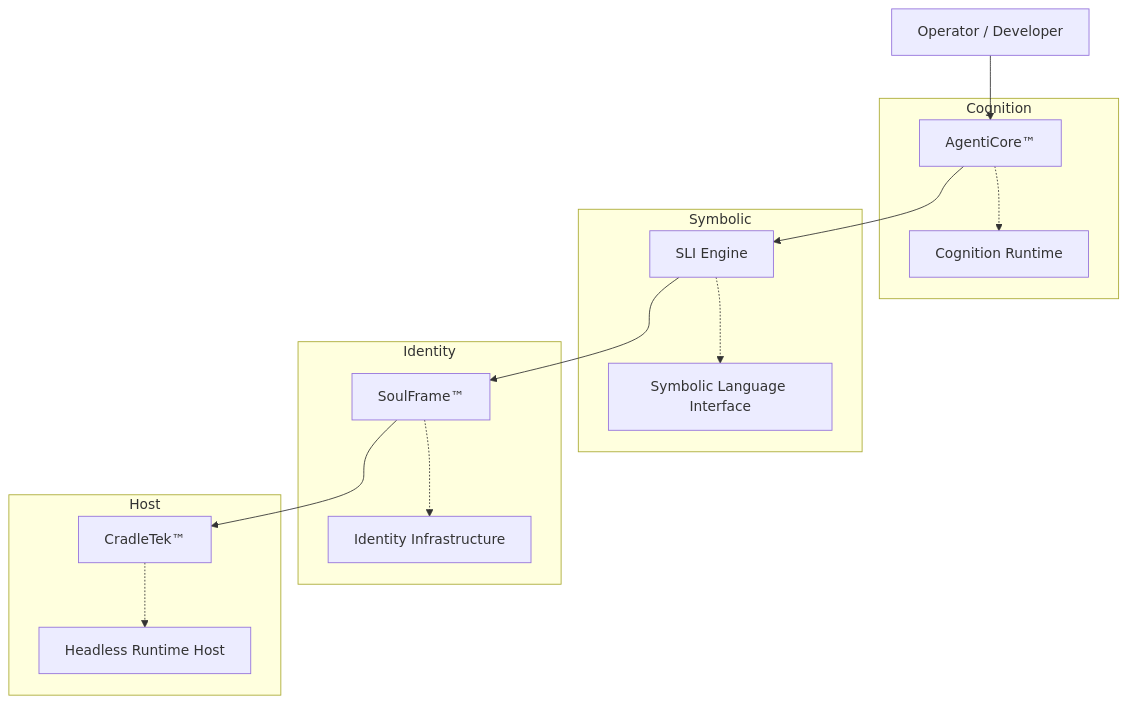
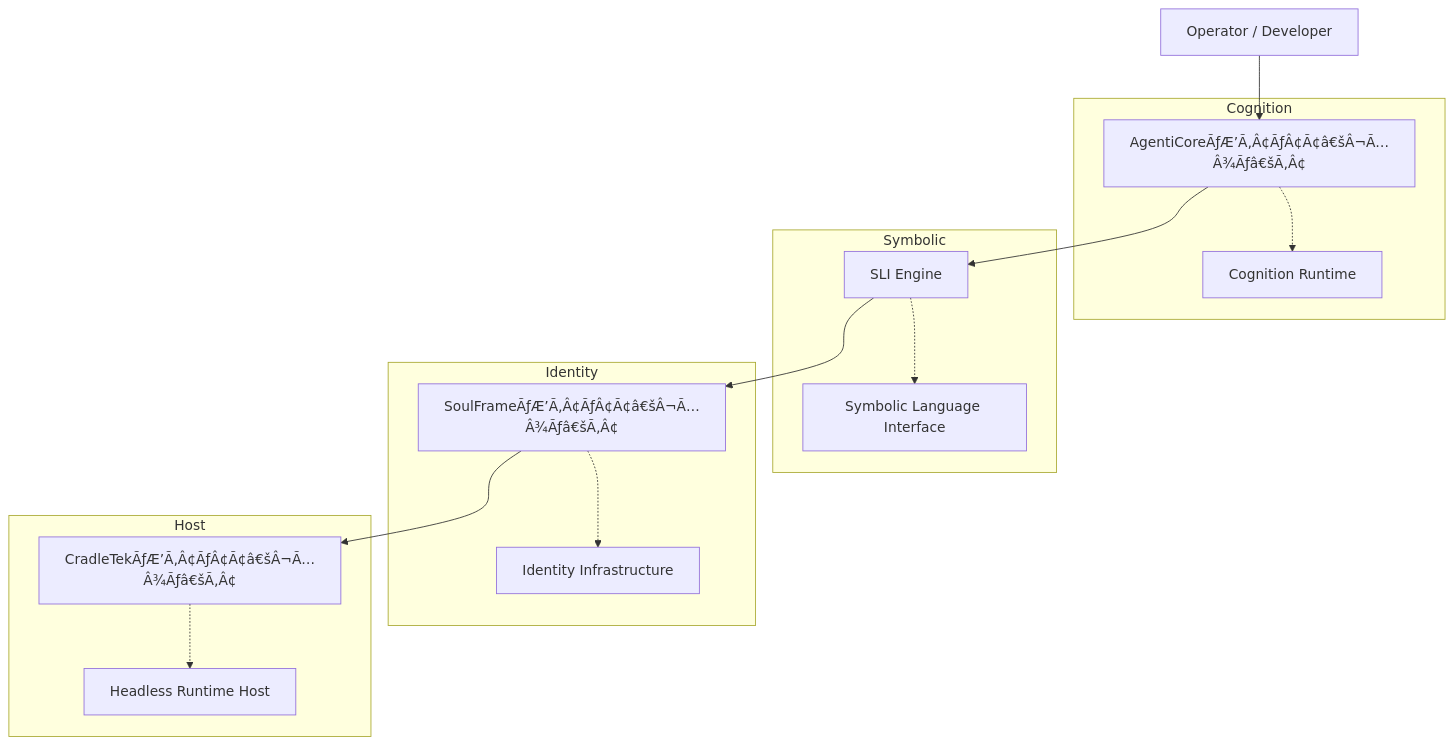
The second of 2 diagrams in README.md (Lucid-Studios/Oan-Tech-Stack), drawn with Mermaid before and after one commit. The commit also changed other lines of this file and 1498 other files, not shown here.

````diff
--- a/README.md
+++ b/README.md
@@ -23,30 +23,30 @@
 ```mermaid
 flowchart TB
   OP["Operator / Developer"]
 
   subgraph "Cognition"
-    AC["AgentiCore™"]
+    AC["AgentiCoreÃƒÆ’Ã‚Â¢ÃƒÂ¢Ã¢â€šÂ¬Ã…Â¾Ãƒâ€šÃ‚Â¢"]
     ACd["Cognition Runtime"]
     AC -.-> ACd
   end
 
   subgraph "Symbolic"
     SLI["SLI Engine"]
     SLId["Symbolic Language Interface"]
     SLI -.-> SLId
   end
 
   subgraph "Identity"
-    SF["SoulFrame™"]
+    SF["SoulFrameÃƒÆ’Ã‚Â¢ÃƒÂ¢Ã¢â€šÂ¬Ã…Â¾Ãƒâ€šÃ‚Â¢"]
     SFd["Identity Infrastructure"]
     SF -.-> SFd
   end
 
   subgraph "Host"
-    CT["CradleTek™"]
+    CT["CradleTekÃƒÆ’Ã‚Â¢ÃƒÂ¢Ã¢â€šÂ¬Ã…Â¾Ãƒâ€šÃ‚Â¢"]
     CTd["Headless Runtime Host"]
     CT -.-> CTd
   end
 
   OP --> AC --> SLI --> SF --> CT
 ```
````
